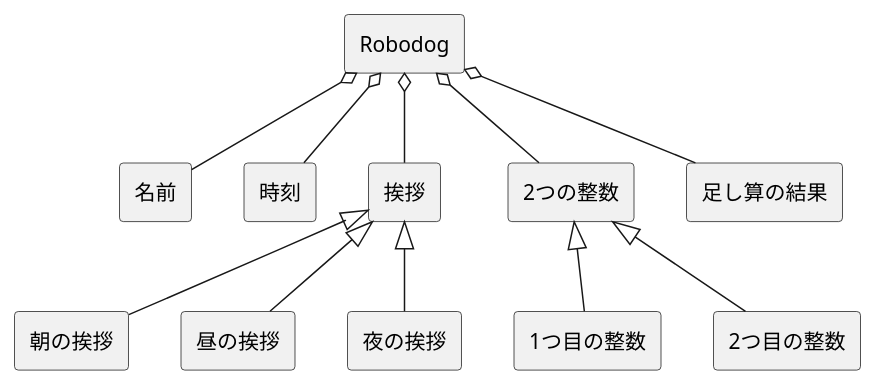
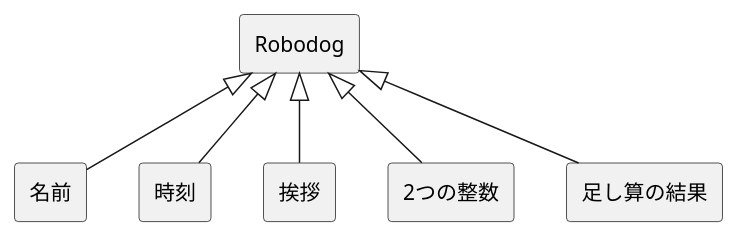
One commit to ogatasyuto/ohara_uml changed the diagram in 06_robo_dog/domain.pu. Above: the diagram before and after it, drawn with PlantUML. The commit also changed 2 other files, not shown here.

```diff
--- a/06_robo_dog/domain.pu
+++ b/06_robo_dog/domain.pu
@@ -1,17 +1,11 @@
 @startuml Robodogドメインモデル図
 skinparam componentStyle rectangle
 
 ' Robodog
-[Robodog] o-- [名前]
-[Robodog] o-- [時刻]
-[Robodog] o-- [挨拶]
-[Robodog] o-- [2つの整数]
-[Robodog] o-- [足し算の結果]
-
-[挨拶] <|-- [朝の挨拶]
-[挨拶] <|-- [昼の挨拶]
-[挨拶] <|-- [夜の挨拶]
-[2つの整数] <|-- [1つ目の整数]
-[2つの整数] <|-- [2つ目の整数]
+[Robodog] <|-- [名前]
+[Robodog] <|-- [時刻]
+[Robodog] <|-- [挨拶]
+[Robodog] <|-- [2つの整数]
+[Robodog] <|-- [足し算の結果]
 
 @enduml
```
